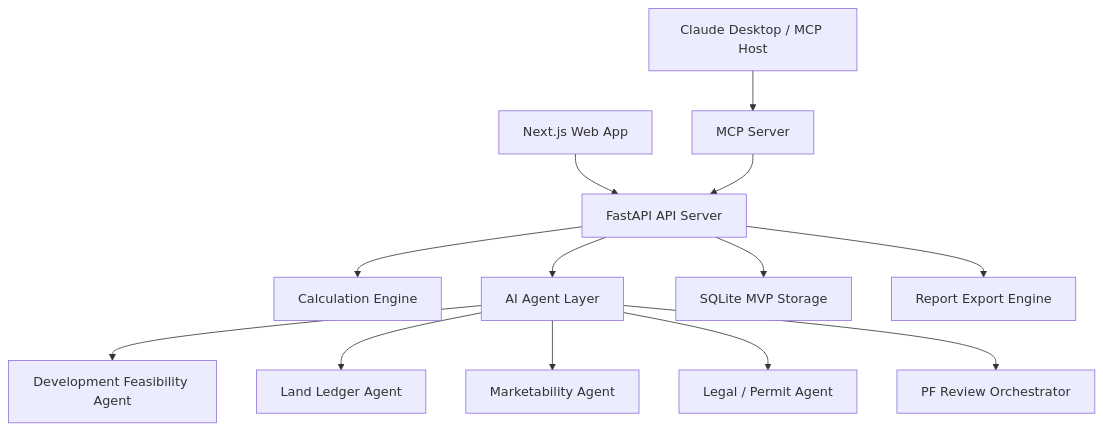
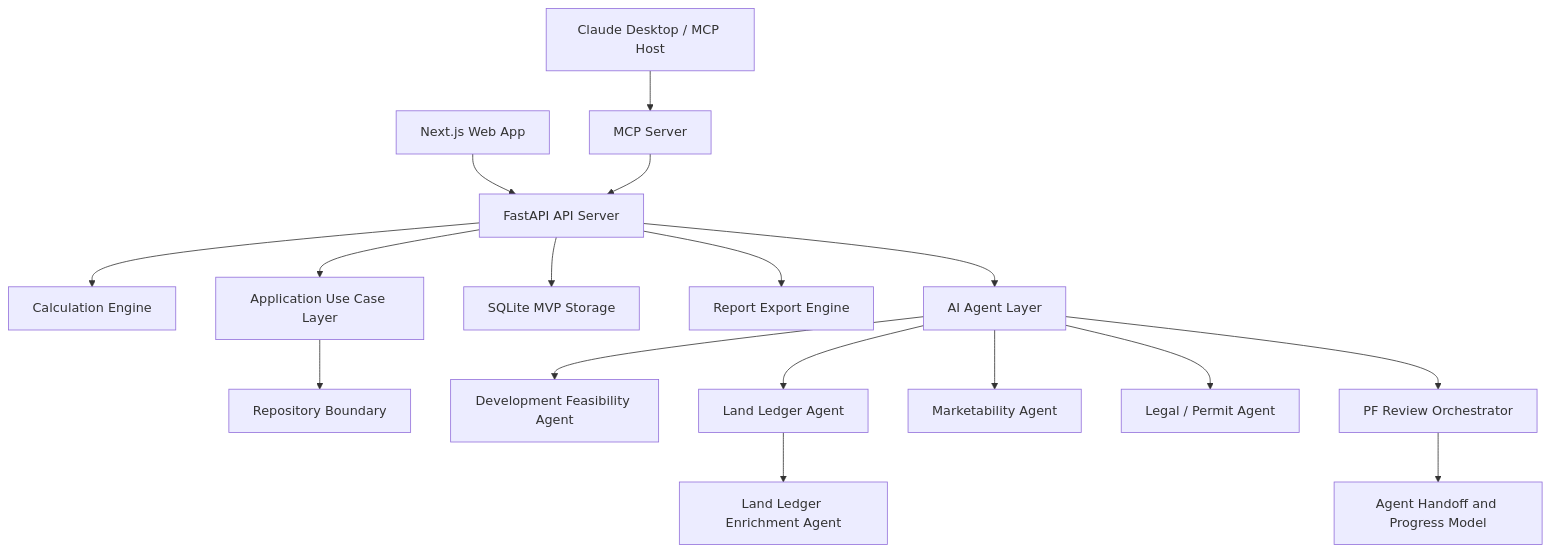
Before and after one commit to parkwh79-stack/real-estate-os: the diagram in README.md, drawn with Mermaid. The commit also changed other lines of this file and 50 other files, not shown here.

````diff
--- a/README.md
+++ b/README.md
@@ -344,15 +416,19 @@
 ```mermaid
 graph TD
     Web[Next.js Web App] --> API[FastAPI API Server]
     API --> Calc[Calculation Engine]
     API --> Agents[AI Agent Layer]
     API --> Store[SQLite MVP Storage]
     API --> Reports[Report Export Engine]
+    API --> UseCases[Application Use Case Layer]
+    UseCases --> Repositories[Repository Boundary]
     Agents --> Feasibility[Development Feasibility Agent]
     Agents --> Land[Land Ledger Agent]
+    Land --> LandEnrich[Land Ledger Enrichment Agent]
     Agents --> Market[Marketability Agent]
     Agents --> Legal[Legal / Permit Agent]
     Agents --> Orchestrator[PF Review Orchestrator]
+    Orchestrator --> Handoffs[Agent Handoff and Progress Model]
     MCP[MCP Server] --> API
     Claude[Claude Desktop / MCP Host] --> MCP
 ```
````
